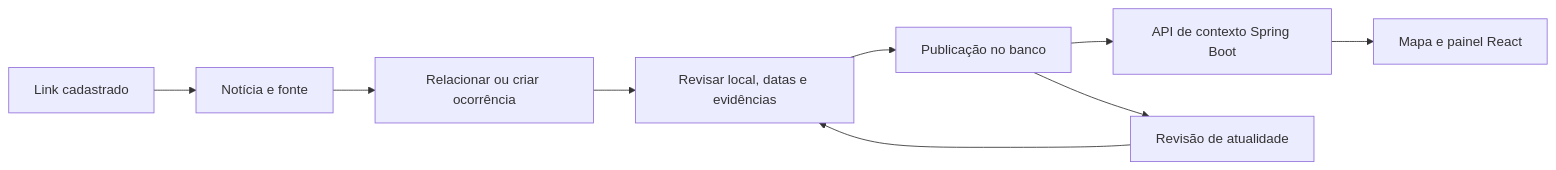
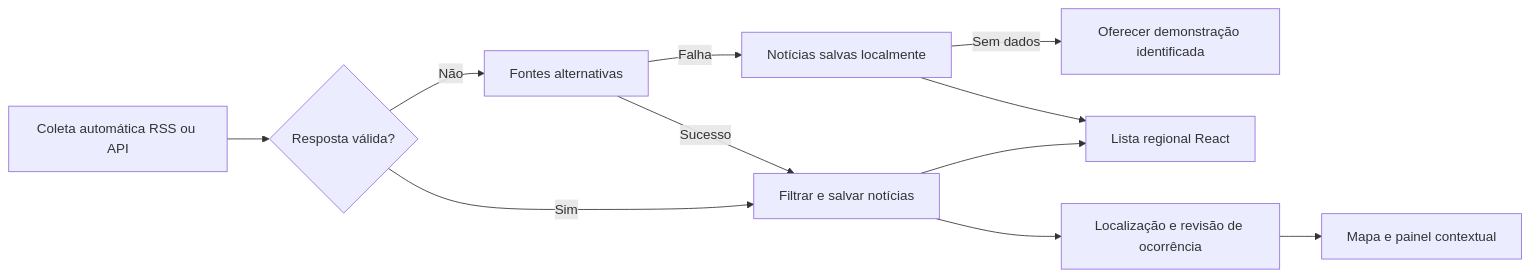
One commit to Lopezez-git/saferide changed the diagram in 05-integracao-noticias.md. Above: the diagram before and after it, drawn with Mermaid. The commit also changed other lines of this file and 5 other files, not shown here.

Commit message:
docs: definir coleta automática e fallback na apresentação local

````diff
--- a/05-integracao-noticias.md
+++ b/05-integracao-noticias.md
@@ -19,11 +19,13 @@
 ```mermaid
 flowchart LR
-    A[Link cadastrado] --> B[Notícia e fonte]
-    B --> C[Relacionar ou criar ocorrência]
-    C --> D[Revisar local, datas e evidências]
-    D --> E[Publicação no banco]
-    E --> F[API de contexto Spring Boot]
-    F --> G[Mapa e painel React]
-    E --> H[Revisão de atualidade]
-    H --> D
+    A[Coleta automática RSS ou API] --> B{Resposta válida?}
+    B -->|Sim| C[Filtrar e salvar notícias]
+    B -->|Não| D[Fontes alternativas]
+    D -->|Sucesso| C
+    D -->|Falha| E[Notícias salvas localmente]
+    E -->|Sem dados| F[Oferecer demonstração identificada]
+    C --> G[Lista regional React]
+    E --> G
+    C --> H[Localização e revisão de ocorrência]
+    H --> I[Mapa e painel contextual]
 ```
````
